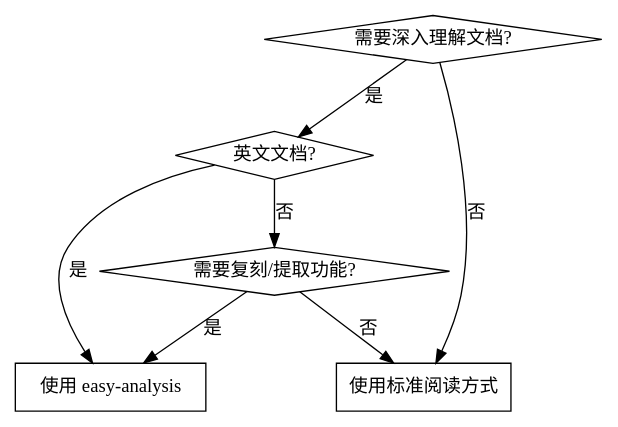
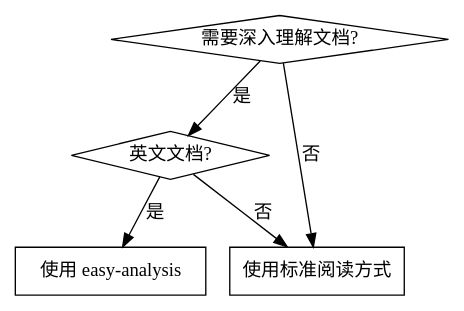
Before and after one commit to carl10086/ys-powers: the first of 2 diagrams in commands/easy-analysis.md, drawn with Graphviz. The commit also changed other lines of this file and 1 other file, not shown here.

Commit message:
docs(skills): 精简 easy-analysis skill 并添加 writing-plans 分析

````diff
--- a/commands/easy-analysis.md
+++ b/commands/easy-analysis.md
@@ -14,16 +9,13 @@
 ```dot
 digraph when_to_use {
     "需要深入理解文档?" [shape=diamond];
     "英文文档?" [shape=diamond];
-    "需要复刻/提取功能?" [shape=diamond];
     "使用 easy-analysis" [shape=box];
     "使用标准阅读方式" [shape=box];
 
     "需要深入理解文档?" -> "英文文档?" [label="是"];
     "需要深入理解文档?" -> "使用标准阅读方式" [label="否"];
     "英文文档?" -> "使用 easy-analysis" [label="是"];
-    "英文文档?" -> "需要复刻/提取功能?" [label="否"];
-    "需要复刻/提取功能?" -> "使用 easy-analysis" [label="是"];
-    "需要复刻/提取功能?" -> "使用标准阅读方式" [label="否"];
+    "英文文档?" -> "使用标准阅读方式" [label="否"];
 }
 ```
````
